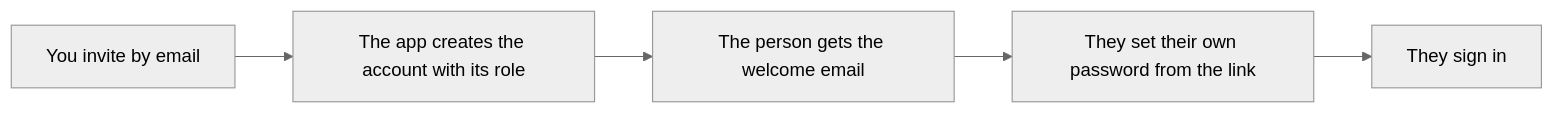
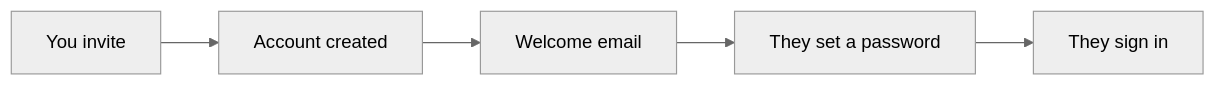
The diagram in apps/web/app/users/help/administration/en/users.md (filipebraida/adonisjs-starter-kit), drawn with Mermaid (neutral theme) before and after one commit. The commit also changed 3 other files, not shown here.

First line of the commit message:
fix(help): Mermaid draws on the starter's oklch tokens, and the build compiles

````diff
--- a/apps/web/app/users/help/administration/en/users.md
+++ b/apps/web/app/users/help/administration/en/users.md
@@ -15,7 +15,7 @@
 ```mermaid
 flowchart LR
-  A[You invite by email] --> B[The app creates the account with its role]
-  B --> C[The person gets the welcome email]
-  C --> D[They set their own password from the link]
+  A[You invite] --> B[Account created]
+  B --> C[Welcome email]
+  C --> D[They set a password]
   D --> E[They sign in]
 ```
````
